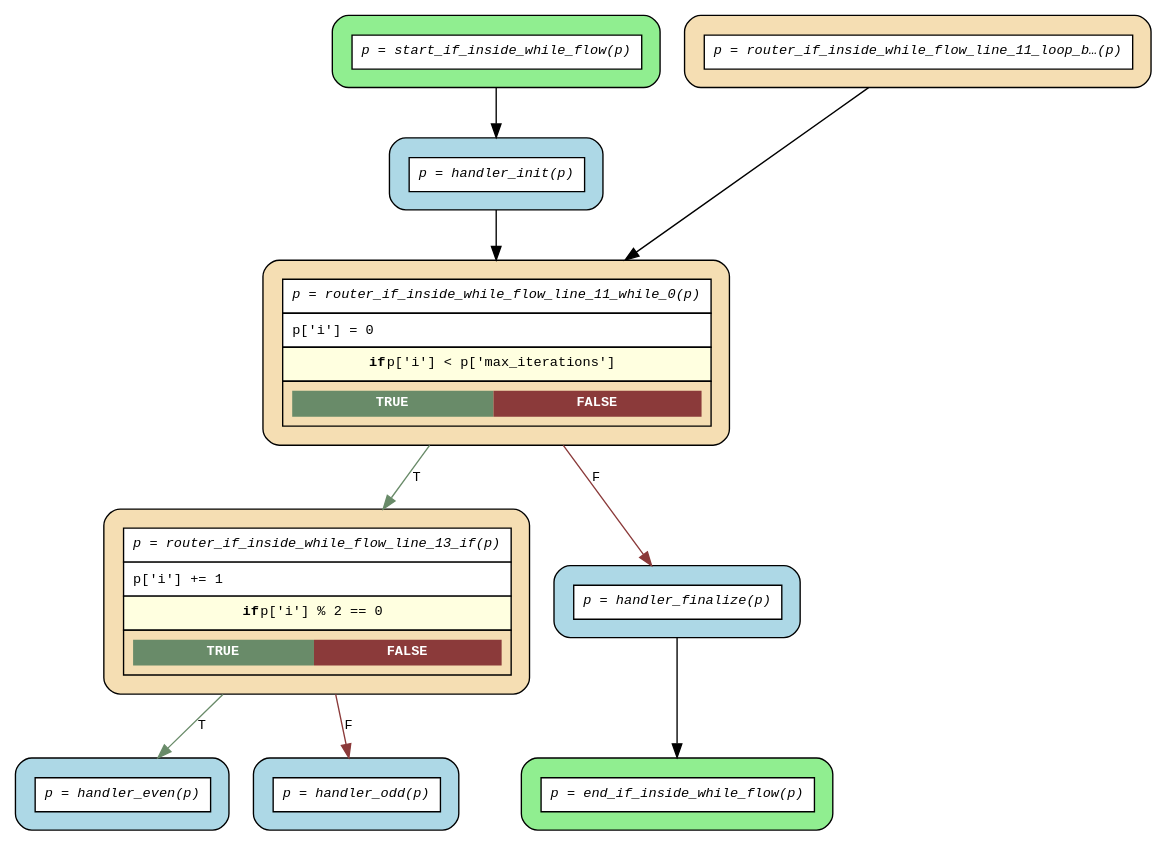
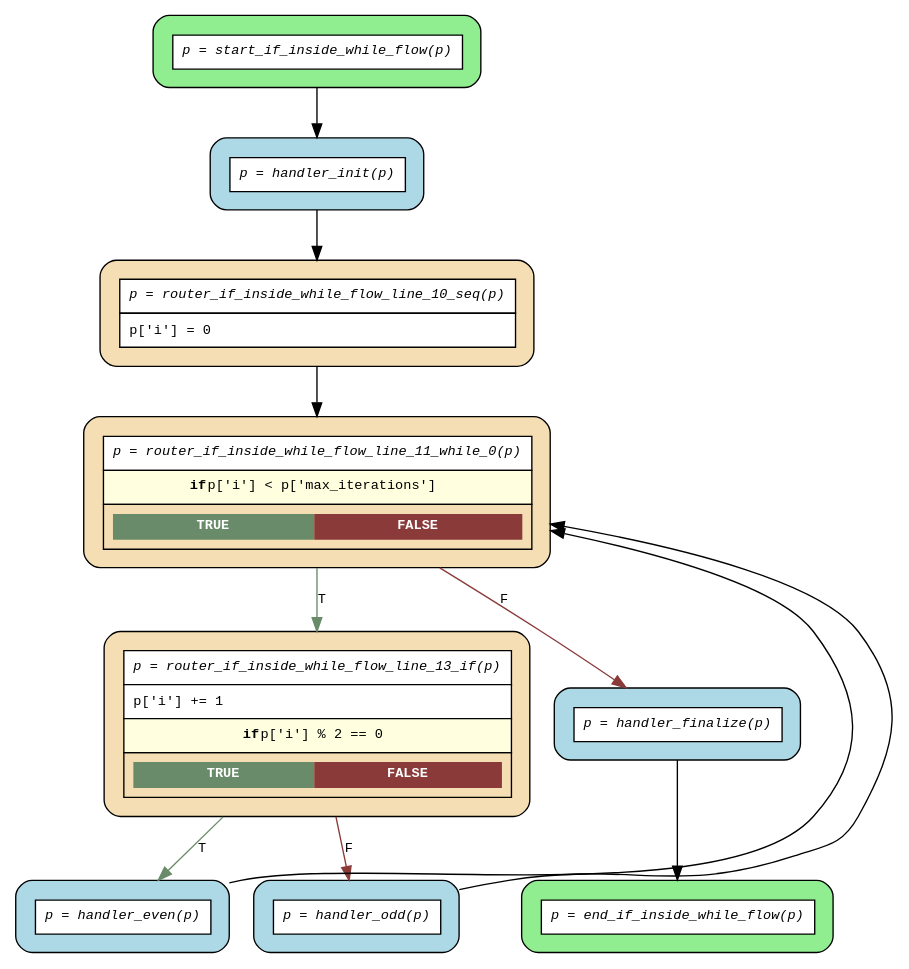
The diagram in examples/flows/compiled/while_with_if/flow.dot (mrhillsman-enterprise-ai/asya), drawn with Graphviz before and after one commit. The commit also changed 98 other files, not shown here.

```diff
--- a/examples/flows/compiled/while_with_if/flow.dot
+++ b/examples/flows/compiled/while_with_if/flow.dot
@@ -1,25 +1,27 @@
 digraph flow {
   rankdir=TB;
   graph [fontname="Courier", fontsize=10];
   node [fontname="Courier", fontsize=10, shape=box, style="filled,rounded", margin="0.2"];
   edge [fontname="Courier", fontsize=10];
 
-  start_if_inside_while_flow [fillcolor="lightgreen", label=<<table border="0" cellspacing="0" cellpadding="6" cellborder="1"><tr><td bgcolor="white" align="center"><i>p = start_if_inside_while_flow(p)</i></td></tr></table>>];
-  router_if_inside_while_flow_line_13_if [fillcolor="wheat", label=<<table border="0" cellspacing="0" cellpadding="6" cellborder="1"><tr><td bgcolor="white" align="center"><i>p = router_if_inside_while_flow_line_13_if(p)</i></td></tr><tr><td bgcolor="white" align="left">p['i'] += 1</td></tr><tr><td bgcolor="lightyellow"><b>if</b> p['i'] % 2 == 0</td></tr><tr><td><table border="0" cellspacing="0" cellpadding="4"><tr><td bgcolor="darkseagreen4"><font color="white"><b>TRUE</b></font></td><td bgcolor="indianred4"><font color="white"><b>FALSE</b></font></td></tr></table></td></tr></table>>];
-  router_if_inside_while_flow_line_11_loop_back_0 [fillcolor="wheat", label=<<table border="0" cellspacing="0" cellpadding="6" cellborder="1"><tr><td bgcolor="white" align="center"><i>p = router_if_inside_while_flow_line_11_loop_b…(p)</i></td></tr></table>>];
-  router_if_inside_while_flow_line_11_while_0 [fillcolor="wheat", label=<<table border="0" cellspacing="0" cellpadding="6" cellborder="1"><tr><td bgcolor="white" align="center"><i>p = router_if_inside_while_flow_line_11_while_0(p)</i></td></tr><tr><td bgcolor="white" align="left">p['i'] = 0</td></tr><tr><td bgcolor="lightyellow"><b>if</b> p['i'] &lt; p['max_iterations']</td></tr><tr><td><table border="0" cellspacing="0" cellpadding="4"><tr><td bgcolor="darkseagreen4"><font color="white"><b>TRUE</b></font></td><td bgcolor="indianred4"><font color="white"><b>FALSE</b></font></td></tr></table></td></tr></table>>];
-  end_if_inside_while_flow [fillcolor="lightgreen", label=<<table border="0" cellspacing="0" cellpadding="6" cellborder="1"><tr><td bgcolor="white" align="center"><i>p = end_if_inside_while_flow(p)</i></td></tr></table>>];
+  start_if_inside_while_flow [fillcolor="lightgreen", group="main", label=<<table border="0" cellspacing="0" cellpadding="6" cellborder="1"><tr><td bgcolor="white" align="center"><i>p = start_if_inside_while_flow(p)</i></td></tr></table>>];
+  router_if_inside_while_flow_line_13_if [fillcolor="wheat", group="main", label=<<table border="0" cellspacing="0" cellpadding="6" cellborder="1"><tr><td bgcolor="white" align="center"><i>p = router_if_inside_while_flow_line_13_if(p)</i></td></tr><tr><td bgcolor="white" align="left">p['i'] += 1</td></tr><tr><td bgcolor="lightyellow"><b>if</b> p['i'] % 2 == 0</td></tr><tr><td><table border="0" cellspacing="0" cellpadding="4"><tr><td bgcolor="darkseagreen4"><font color="white"><b>TRUE</b></font></td><td bgcolor="indianred4"><font color="white"><b>FALSE</b></font></td></tr></table></td></tr></table>>];
+  router_if_inside_while_flow_line_11_while_0 [fillcolor="wheat", group="main", label=<<table border="0" cellspacing="0" cellpadding="6" cellborder="1"><tr><td bgcolor="white" align="center"><i>p = router_if_inside_while_flow_line_11_while_0(p)</i></td></tr><tr><td bgcolor="lightyellow"><b>if</b> p['i'] &lt; p['max_iterations']</td></tr><tr><td><table border="0" cellspacing="0" cellpadding="4"><tr><td bgcolor="darkseagreen4"><font color="white"><b>TRUE</b></font></td><td bgcolor="indianred4"><font color="white"><b>FALSE</b></font></td></tr></table></td></tr></table>>];
+  router_if_inside_while_flow_line_10_seq [fillcolor="wheat", group="main", label=<<table border="0" cellspacing="0" cellpadding="6" cellborder="1"><tr><td bgcolor="white" align="center"><i>p = router_if_inside_while_flow_line_10_seq(p)</i></td></tr><tr><td bgcolor="white" align="left">p['i'] = 0</td></tr></table>>];
+  end_if_inside_while_flow [fillcolor="lightgreen", group="main", label=<<table border="0" cellspacing="0" cellpadding="6" cellborder="1"><tr><td bgcolor="white" align="center"><i>p = end_if_inside_while_flow(p)</i></td></tr></table>>];
   handler_even [fillcolor="lightblue", label=<<table border="0" cellspacing="0" cellpadding="6" cellborder="1"><tr><td bgcolor="white" align="center"><i>p = handler_even(p)</i></td></tr></table>>];
   handler_finalize [fillcolor="lightblue", label=<<table border="0" cellspacing="0" cellpadding="6" cellborder="1"><tr><td bgcolor="white" align="center"><i>p = handler_finalize(p)</i></td></tr></table>>];
   handler_init [fillcolor="lightblue", label=<<table border="0" cellspacing="0" cellpadding="6" cellborder="1"><tr><td bgcolor="white" align="center"><i>p = handler_init(p)</i></td></tr></table>>];
   handler_odd [fillcolor="lightblue", label=<<table border="0" cellspacing="0" cellpadding="6" cellborder="1"><tr><td bgcolor="white" align="center"><i>p = handler_odd(p)</i></td></tr></table>>];
 
+  handler_even -> router_if_inside_while_flow_line_11_while_0 [constraint=false];
   handler_finalize -> end_if_inside_while_flow;
-  handler_init -> router_if_inside_while_flow_line_11_while_0;
-  router_if_inside_while_flow_line_11_loop_back_0 -> router_if_inside_while_flow_line_11_while_0 [constraint=false];
+  handler_init -> router_if_inside_while_flow_line_10_seq;
+  handler_odd -> router_if_inside_while_flow_line_11_while_0 [constraint=false];
+  router_if_inside_while_flow_line_10_seq -> router_if_inside_while_flow_line_11_while_0;
   router_if_inside_while_flow_line_11_while_0 -> handler_finalize [label="F", color=indianred4];
   router_if_inside_while_flow_line_11_while_0 -> router_if_inside_while_flow_line_13_if [label="T", color=darkseagreen4];
   router_if_inside_while_flow_line_13_if -> handler_even [label="T", color=darkseagreen4];
   router_if_inside_while_flow_line_13_if -> handler_odd [label="F", color=indianred4];
   start_if_inside_while_flow -> handler_init;
 }
```
